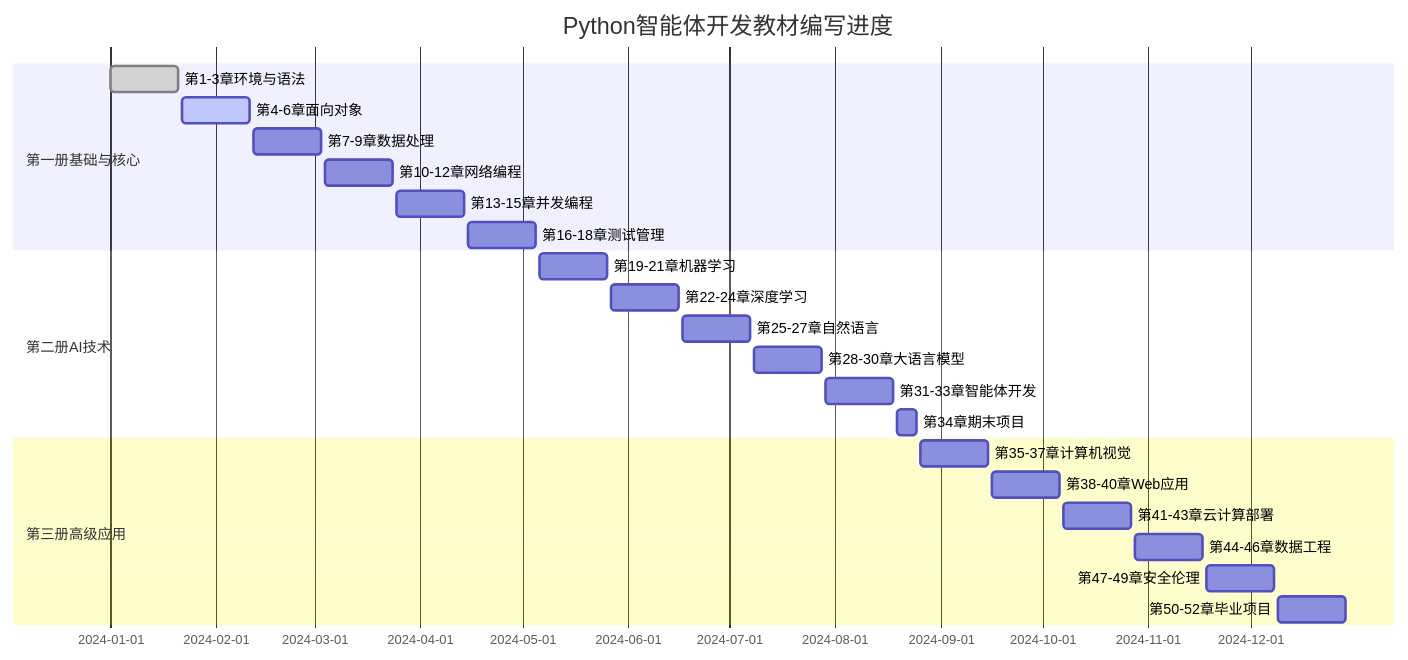
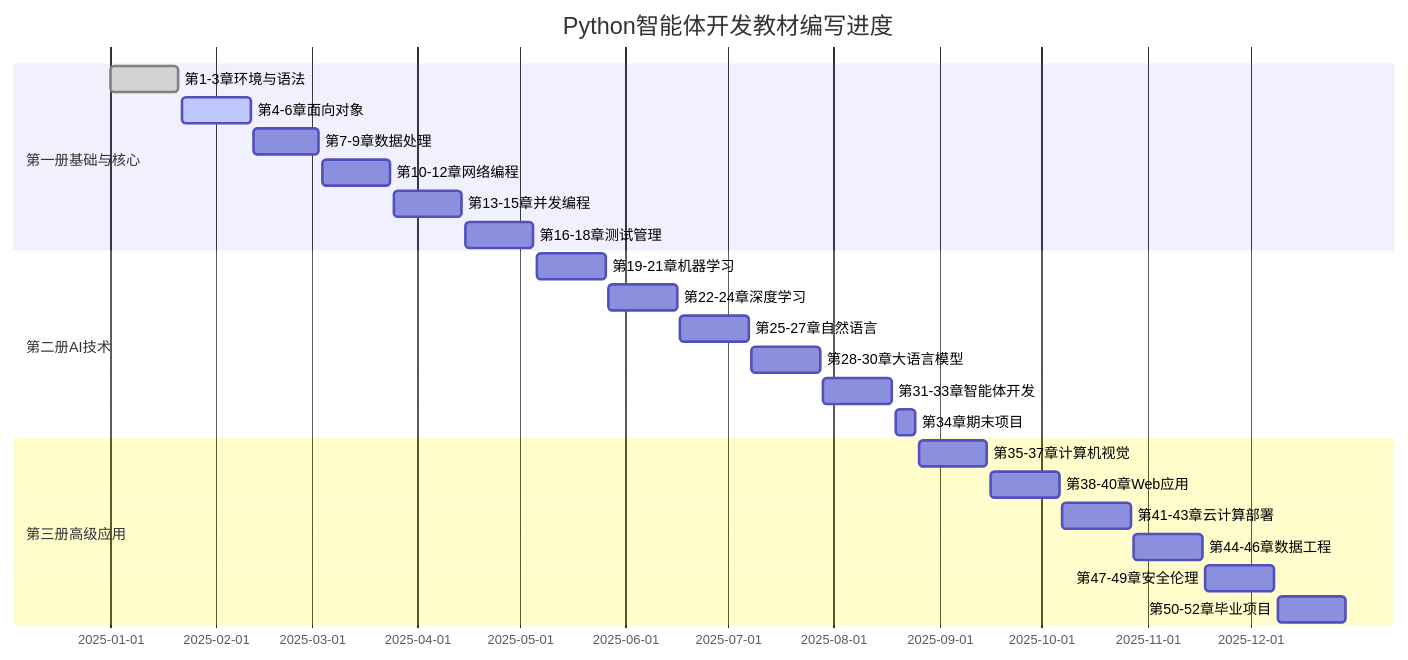
One commit to youngzs/GenAI-Python-Book changed the diagram in 编写进度跟踪系统.md. Above: the diagram before and after it, drawn with Mermaid. The commit also changed other lines of this file and 40 other files, not shown here.

````diff
--- a/编写进度跟踪系统.md
+++ b/编写进度跟踪系统.md
@@ -7,28 +7,28 @@
 ```mermaid
 gantt
     title Python智能体开发教材编写进度
     dateFormat  YYYY-MM-DD
     section 第一册基础与核心
-    第1-3章环境与语法   :done, ch1-3, 2024-01-01, 2024-01-21
-    第4-6章面向对象     :active, ch4-6, 2024-01-22, 2024-02-11
-    第7-9章数据处理     :ch7-9, 2024-02-12, 2024-03-03
-    第10-12章网络编程   :ch10-12, 2024-03-04, 2024-03-24
-    第13-15章并发编程   :ch13-15, 2024-03-25, 2024-04-14
-    第16-18章测试管理   :ch16-18, 2024-04-15, 2024-05-05
+    第1-3章环境与语法   :done, ch1-3, 2025-01-01, 2025-01-21
+    第4-6章面向对象     :active, ch4-6, 2025-01-22, 2025-02-11
+    第7-9章数据处理     :ch7-9, 2025-02-12, 2025-03-03
+    第10-12章网络编程   :ch10-12, 2025-03-04, 2025-03-24
+    第13-15章并发编程   :ch13-15, 2025-03-25, 2025-04-14
+    第16-18章测试管理   :ch16-18, 2025-04-15, 2025-05-05
     
     section 第二册AI技术
-    第19-21章机器学习   :ch19-21, 2024-05-06, 2024-05-26
-    第22-24章深度学习   :ch22-24, 2024-05-27, 2024-06-16
-    第25-27章自然语言   :ch25-27, 2024-06-17, 2024-07-07
-    第28-30章大语言模型 :ch28-30, 2024-07-08, 2024-07-28
-    第31-33章智能体开发 :ch31-33, 2024-07-29, 2024-08-18
-    第34章期末项目      :ch34, 2024-08-19, 2024-08-25
+    第19-21章机器学习   :ch19-21, 2025-05-06, 2025-05-26
+    第22-24章深度学习   :ch22-24, 2025-05-27, 2025-06-16
+    第25-27章自然语言   :ch25-27, 2025-06-17, 2025-07-07
+    第28-30章大语言模型 :ch28-30, 2025-07-08, 2025-07-28
+    第31-33章智能体开发 :ch31-33, 2025-07-29, 2025-08-18
+    第34章期末项目      :ch34, 2025-08-19, 2025-08-25
     
     section 第三册高级应用
-    第35-37章计算机视觉 :ch35-37, 2024-08-26, 2024-09-15
-    第38-40章Web应用    :ch38-40, 2024-09-16, 2024-10-06
-    第41-43章云计算部署 :ch41-43, 2024-10-07, 2024-10-27
-    第44-46章数据工程   :ch44-46, 2024-10-28, 2024-11-17
-    第47-49章安全伦理   :ch47-49, 2024-11-18, 2024-12-08
-    第50-52章毕业项目   :ch50-52, 2024-12-09, 2024-12-29
+    第35-37章计算机视觉 :ch35-37, 2025-08-26, 2025-09-15
+    第38-40章Web应用    :ch38-40, 2025-09-16, 2025-10-06
+    第41-43章云计算部署 :ch41-43, 2025-10-07, 2025-10-27
+    第44-46章数据工程   :ch44-46, 2025-10-28, 2025-11-17
+    第47-49章安全伦理   :ch47-49, 2025-11-18, 2025-12-08
+    第50-52章毕业项目   :ch50-52, 2025-12-09, 2025-12-29
 ```
````
